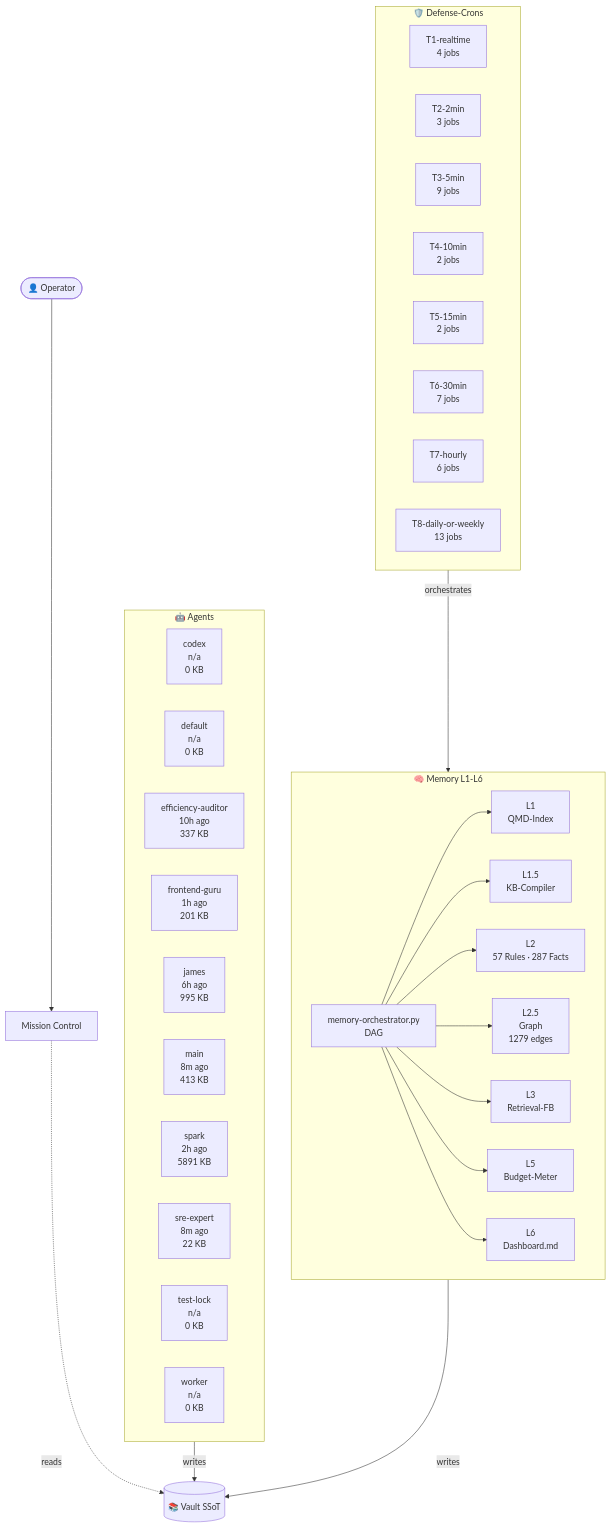
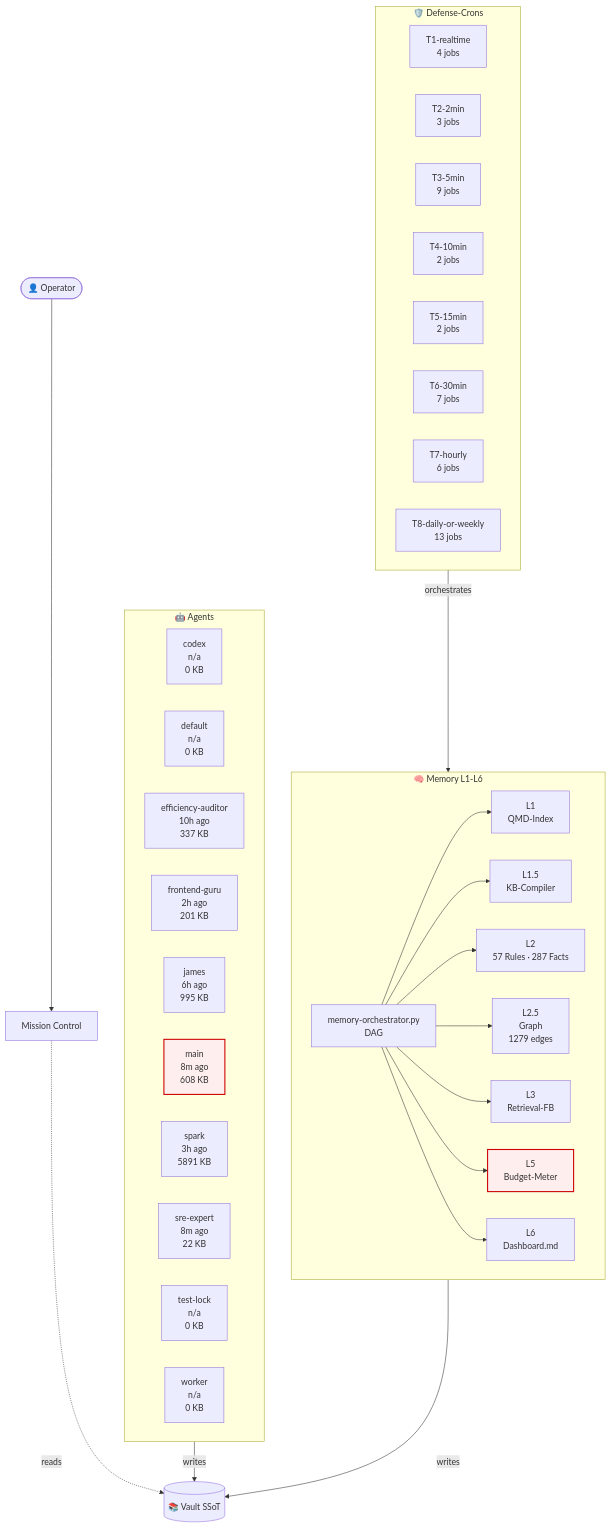
One commit to lenardhuebner88-rgb/openclaw-memory changed the diagram in 03-Agents/architecture-live.md. Above: the diagram before and after it, drawn with Mermaid. The commit also changed other lines of this file and 13 other files, not shown here.

````diff
--- a/03-Agents/architecture-live.md
+++ b/03-Agents/architecture-live.md
@@ -18,51 +18,53 @@
 ```mermaid
 flowchart TB
     classDef critical fill:#fee,stroke:#c00,stroke-width:2px;
     subgraph AGT["🤖 Agents"]
         agent_codex["codex<br/>n/a<br/>0 KB"]
         agent_default["default<br/>n/a<br/>0 KB"]
         agent_efficiency_auditor["efficiency-auditor<br/>10h ago<br/>337 KB"]
-        agent_frontend_guru["frontend-guru<br/>1h ago<br/>201 KB"]
+        agent_frontend_guru["frontend-guru<br/>2h ago<br/>201 KB"]
         agent_james["james<br/>6h ago<br/>995 KB"]
-        agent_main["main<br/>8m ago<br/>413 KB"]
-        agent_spark["spark<br/>2h ago<br/>5891 KB"]
+        agent_main["main<br/>8m ago<br/>608 KB"]
+        agent_spark["spark<br/>3h ago<br/>5891 KB"]
         agent_sre_expert["sre-expert<br/>8m ago<br/>22 KB"]
         agent_test_lock["test-lock<br/>n/a<br/>0 KB"]
         agent_worker["worker<br/>n/a<br/>0 KB"]
     end
     subgraph MEM["🧠 Memory L1-L6"]
         L1["L1<br/>QMD-Index"]
         L15["L1.5<br/>KB-Compiler"]
         L2["L2<br/>57 Rules · 287 Facts"]
         L25["L2.5<br/>Graph<br/>1279 edges"]
         L3["L3<br/>Retrieval-FB"]
         L5["L5<br/>Budget-Meter"]
         L6["L6<br/>Dashboard.md"]
         ORCH["memory-orchestrator.py<br/>DAG"]
     end
     subgraph CRN["🛡️ Defense-Crons"]
         tier_T1_realtime["T1-realtime<br/>4 jobs"]
         tier_T2_2min["T2-2min<br/>3 jobs"]
         tier_T3_5min["T3-5min<br/>9 jobs"]
         tier_T4_10min["T4-10min<br/>2 jobs"]
         tier_T5_15min["T5-15min<br/>2 jobs"]
         tier_T6_30min["T6-30min<br/>7 jobs"]
         tier_T7_hourly["T7-hourly<br/>6 jobs"]
         tier_T8_daily_or_weekly["T8-daily-or-weekly<br/>13 jobs"]
     end
     VAULT[("📚 Vault SSoT")]
     OP([👤 Operator])
     MC["Mission Control"]
     OP --> MC
     MC -.reads.-> VAULT
     AGT -->|writes| VAULT
     MEM -->|writes| VAULT
     ORCH --> L1
     ORCH --> L15
     ORCH --> L2
     ORCH --> L25
     ORCH --> L3
     ORCH --> L5
     ORCH --> L6
     CRN -->|orchestrates| MEM
+    class L5 critical
+    class agent_main critical
 ```
````
